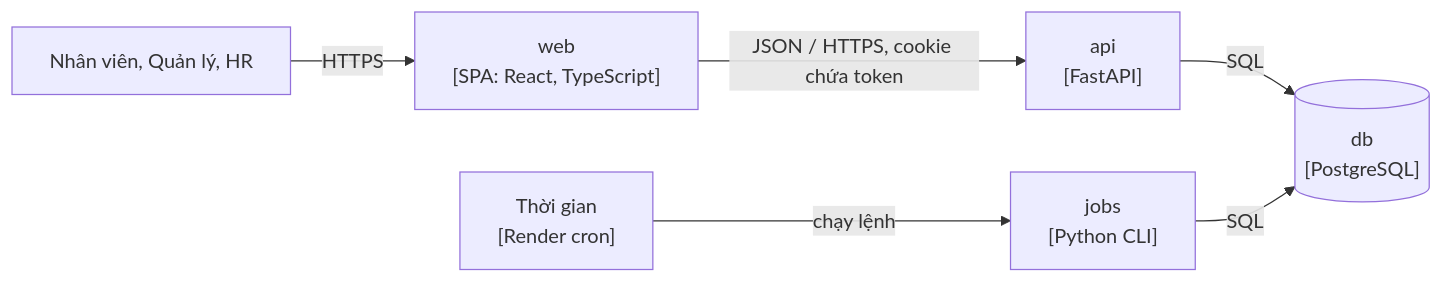
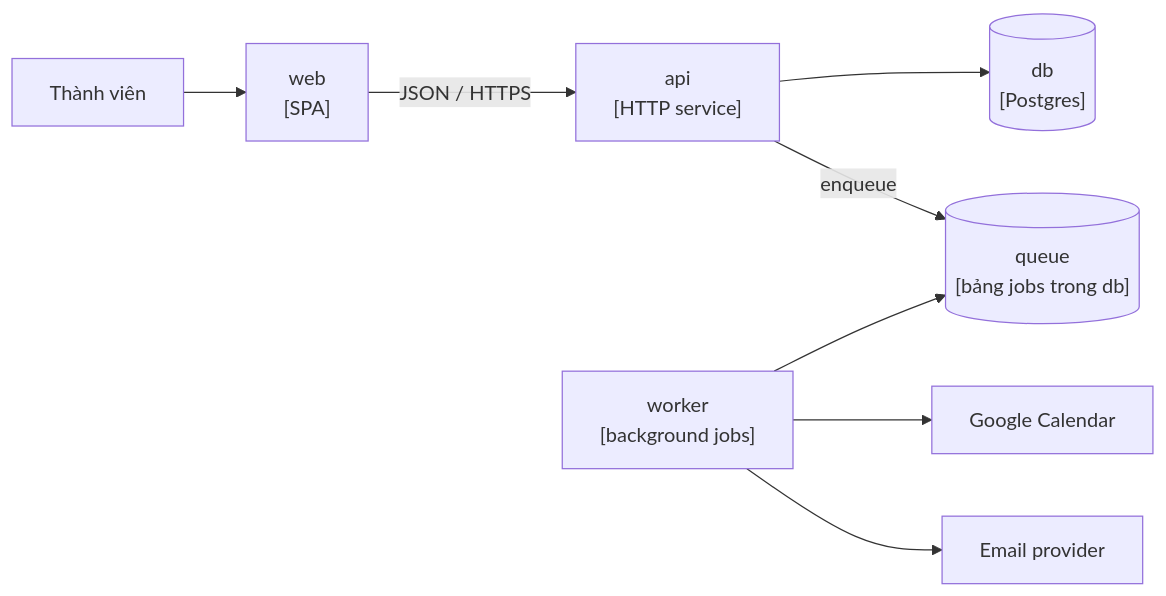
The second of 2 diagrams in ARCHITECTURE.md (pbaodev/hr-manager), drawn with Mermaid before and after one commit. The commit also changed other lines of this file and 26 other files, not shown here.

````diff
--- a/ARCHITECTURE.md
+++ b/ARCHITECTURE.md
@@ -53,8 +44,10 @@
 ```mermaid
 flowchart LR
-  user["Nhân viên, Quản lý, HR"] -->|"HTTPS"| web["web<br/>[SPA: React, TypeScript]"]
-  web -->|"JSON / HTTPS, cookie chứa token"| api["api<br/>[FastAPI]"]
-  api -->|"SQL"| db[("db<br/>[PostgreSQL]")]
-  cron["Thời gian<br/>[Render cron]"] -->|"chạy lệnh"| jobs["jobs<br/>[Python CLI]"]
-  jobs -->|"SQL"| db
+  member["Thành viên"] --> web["web<br/>[SPA]"]
+  web -->|"JSON / HTTPS"| api["api<br/>[HTTP service]"]
+  api --> db[("db<br/>[Postgres]")]
+  api -->|"enqueue"| queue[("queue<br/>[bảng jobs trong db]")]
+  worker["worker<br/>[background jobs]"] --> queue
+  worker --> gcal["Google Calendar"]
+  worker --> mail["Email provider"]
 ```
````
